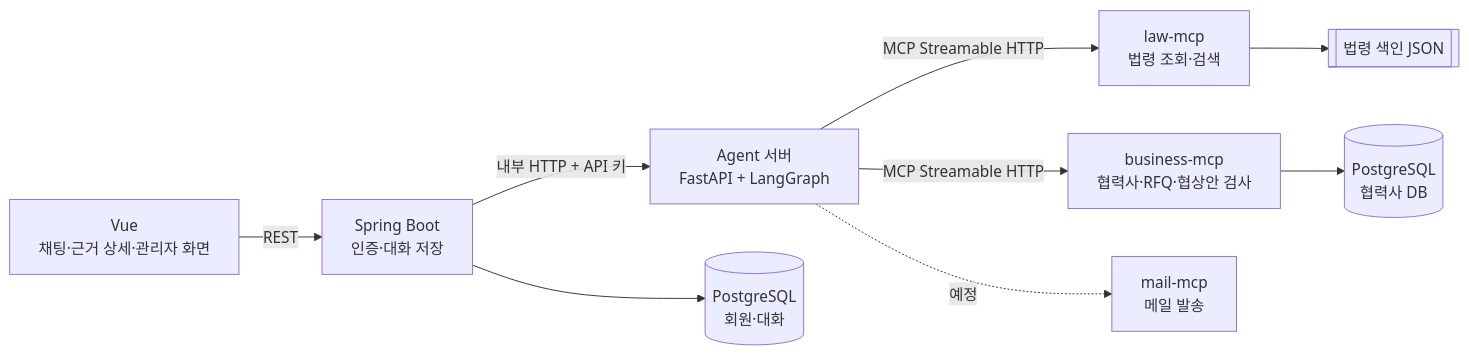
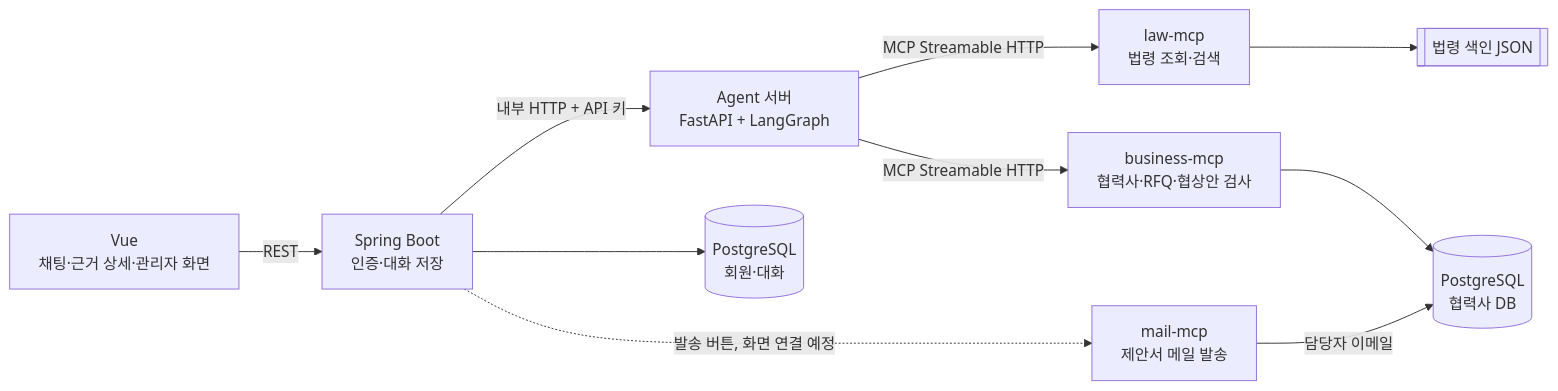
Before and after one commit to NegoPilot/NegoPilot: the first of 2 diagrams in README.md, drawn with Mermaid. The commit also changed other lines of this file and 13 other files, not shown here.

Commit message:
feat: 확정 제안서를 미리보기·확인 토큰으로 발송하는 mail-mcp 추가 (#237)

````diff
--- a/README.md
+++ b/README.md
@@ -58,11 +58,12 @@
 ```mermaid
 flowchart LR
   FE[Vue<br/>채팅·근거 상세·관리자 화면] -->|REST| BE[Spring Boot<br/>인증·대화 저장]
   BE -->|내부 HTTP + API 키| AG[Agent 서버<br/>FastAPI + LangGraph]
   AG -->|MCP Streamable HTTP| LAW[law-mcp<br/>법령 조회·검색]
   AG -->|MCP Streamable HTTP| BIZ[business-mcp<br/>협력사·RFQ·협상안 검사]
-  AG -.->|예정| MAIL[mail-mcp<br/>메일 발송]
+  BE -.->|발송 버튼, 화면 연결 예정| MAIL[mail-mcp<br/>제안서 메일 발송]
   BIZ --> BDB[(PostgreSQL<br/>협력사 DB)]
+  MAIL -->|담당자 이메일| BDB
   LAW --> IDX[[법령 색인 JSON]]
   BE --> PG[(PostgreSQL<br/>회원·대화)]
 ```
````
